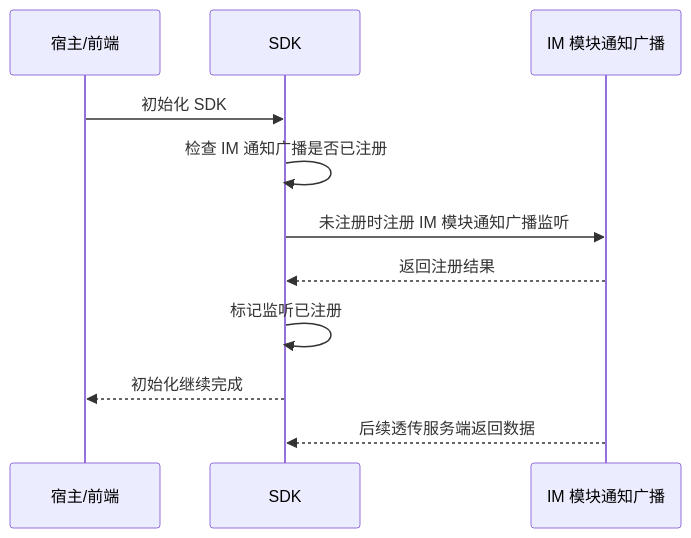
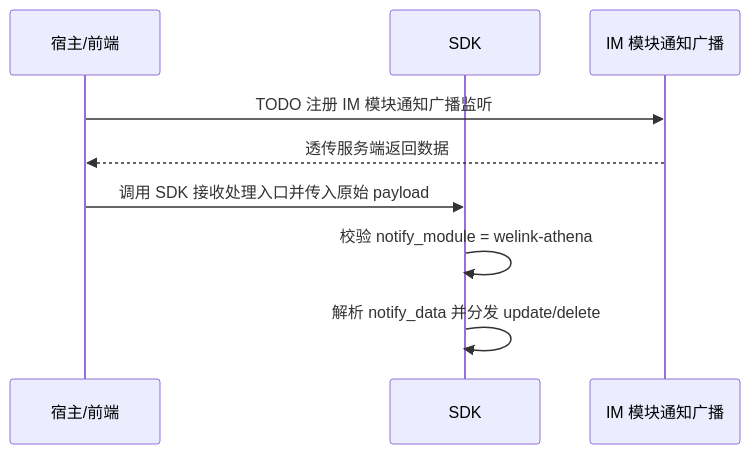
One commit to Abelsjcheng/skillSDK changed the second of 10 diagrams in 2026-05-08-we-agent-detail-sync-plan.md. Above: the diagram before and after it, drawn with Mermaid. The commit also changed other lines of this file and 1 other file, not shown here.

````diff
--- a/2026-05-08-we-agent-detail-sync-plan.md
+++ b/2026-05-08-we-agent-detail-sync-plan.md
@@ -68,14 +68,12 @@
 ```mermaid
 sequenceDiagram
     participant Host as 宿主/前端
     participant SDK as SDK
     participant IM as IM 模块通知广播
 
-    Host->>SDK: 初始化 SDK
-    SDK->>SDK: 检查 IM 通知广播是否已注册
-    SDK->>IM: 未注册时注册 IM 模块通知广播监听
-    IM-->>SDK: 返回注册结果
-    SDK->>SDK: 标记监听已注册
-    SDK-->>Host: 初始化继续完成
-    IM-->>SDK: 后续透传服务端返回数据
+    Host->>IM: TODO 注册 IM 模块通知广播监听
+    IM-->>Host: 透传服务端返回数据
+    Host->>SDK: 调用 SDK 接收处理入口并传入原始 payload
+    SDK->>SDK: 校验 notify_module = welink-athena
+    SDK->>SDK: 解析 notify_data 并分发 update/delete
 ```
````
